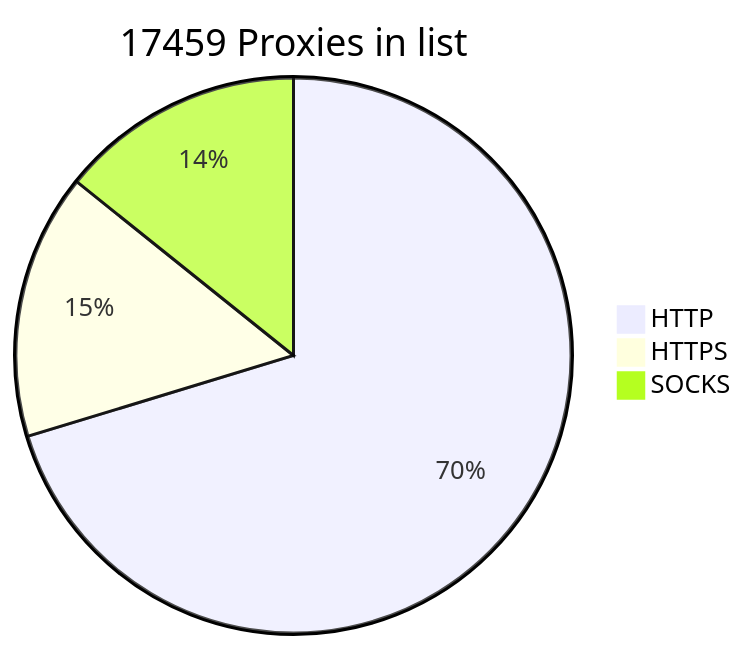
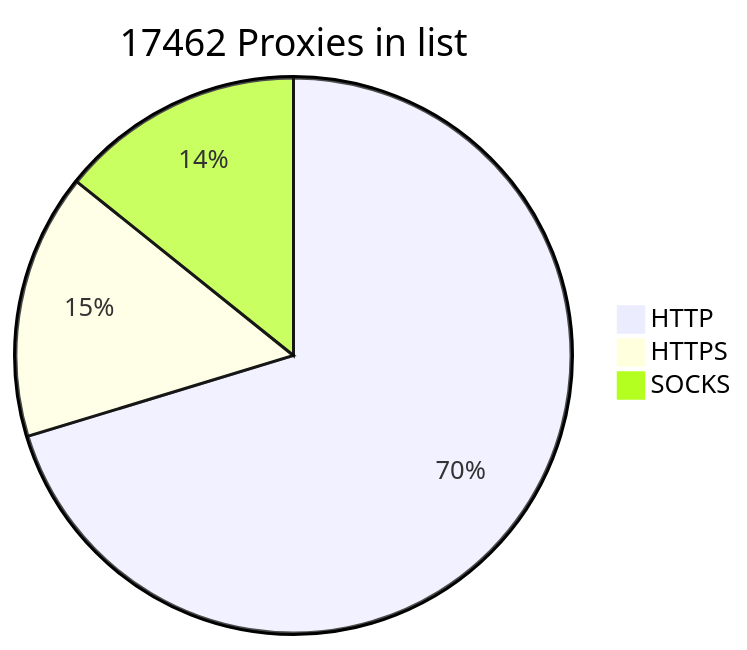
The diagram in README.md (BlackSnowDot/proxylist-update-every-minute), drawn with Mermaid before and after one commit.

````diff
--- a/README.md
+++ b/README.md
@@ -2,6 +2,6 @@
 ```mermaid
-pie title 17459 Proxies in list
-    "HTTP" : 13202
-    "HTTPS": 2902
+pie title 17462 Proxies in list
+    "HTTP" : 13204
+    "HTTPS": 2903
     "SOCKS" : 2674
 ```
````
